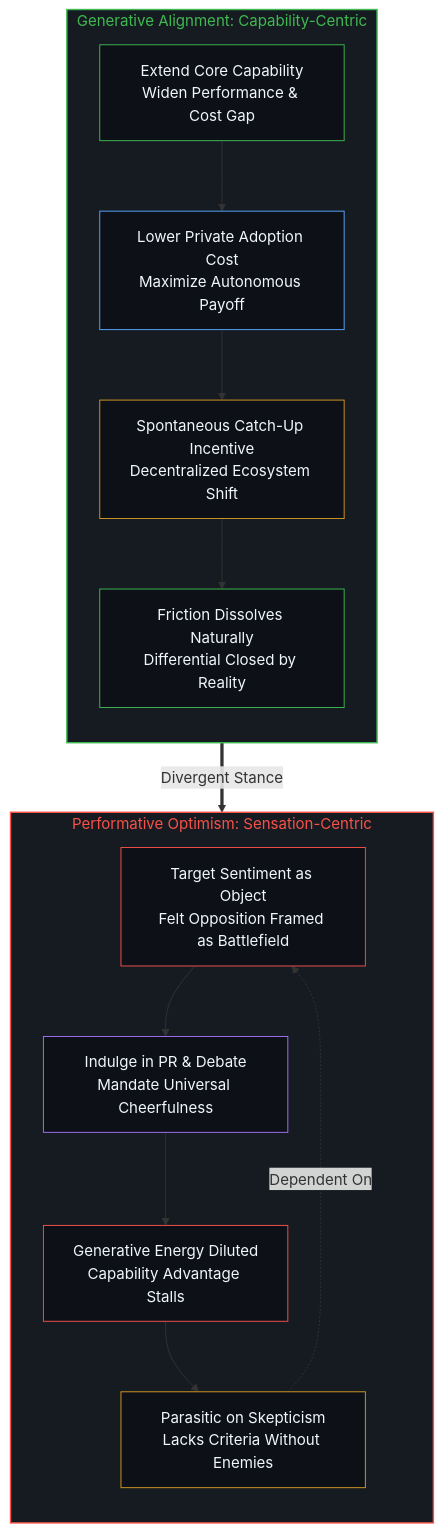
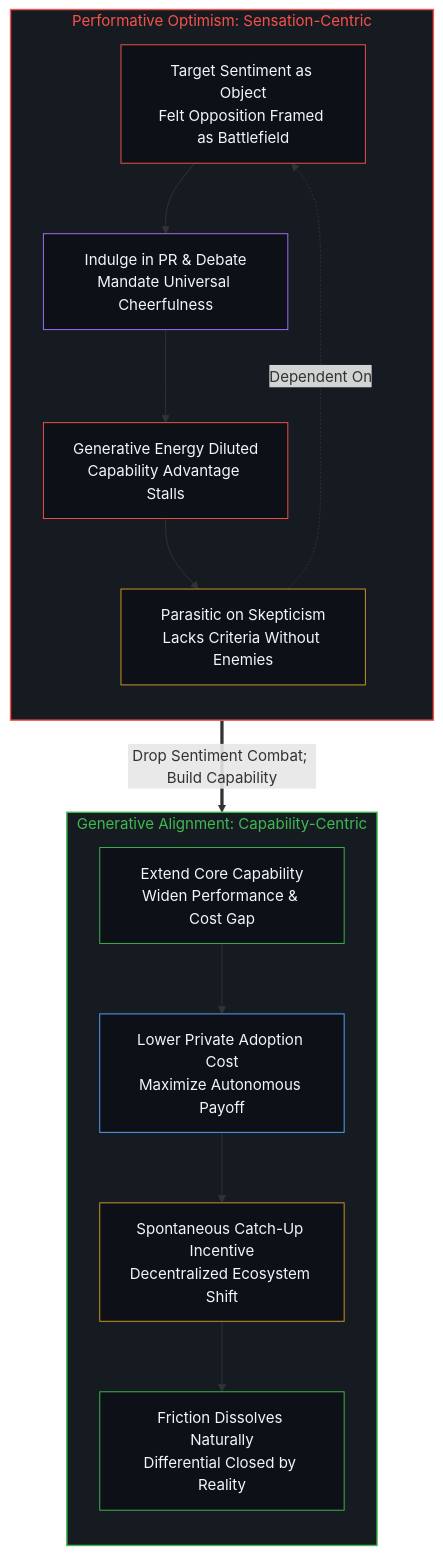
One commit to powerpig99/not-a-toe changed the fourth of 4 diagrams in content/posts/felt-resistance-and-the-speed-differential.md. Above: the diagram before and after it, drawn with Mermaid. The commit also changed other lines of this file and 7 other files, not shown here.

````diff
--- a/content/posts/felt-resistance-and-the-speed-differential.md
+++ b/content/posts/felt-resistance-and-the-speed-differential.md
@@ -145,35 +145,35 @@
 ```mermaid
 flowchart TD
+    subgraph S_PERF[" Performative Optimism: Sensation-Centric "]
+        direction TB
+        OBJECT["Target Sentiment as Object<br/>Felt Opposition Framed as Battlefield"]
+        DISPUTE["Indulge in PR & Debate<br/>Mandate Universal Cheerfulness"]
+        SINK["Generative Energy Diluted<br/>Capability Advantage Stalls"]
+        PARASITE["Parasitic on Skepticism<br/>Lacks Criteria Without Enemies"]
+    end
     subgraph S_ALIGN[" Generative Alignment: Capability-Centric "]
         direction TB
         DEV["Extend Core Capability<br/>Widen Performance & Cost Gap"]
         COST["Lower Private Adoption Cost<br/>Maximize Autonomous Payoff"]
         FORCE["Spontaneous Catch-Up Incentive<br/>Decentralized Ecosystem Shift"]
         F_SENSE["Friction Dissolves Naturally<br/>Differential Closed by Reality"]
     end
-    subgraph S_PERF[" Performative Optimism: Sensation-Centric "]
-        direction TB
-        OBJECT["Target Sentiment as Object<br/>Felt Opposition Framed as Battlefield"]
-        DISPUTE["Indulge in PR & Debate<br/>Mandate Universal Cheerfulness"]
-        SINK["Generative Energy Diluted<br/>Capability Advantage Stalls"]
-        PARASITE["Parasitic on Skepticism<br/>Lacks Criteria Without Enemies"]
-    end
-    DEV --> COST
-    COST --> FORCE
-    FORCE --> F_SENSE
-    F_SENSE ==>|"Divergent Stance"| OBJECT
     OBJECT --> DISPUTE
     DISPUTE --> SINK
     SINK --> PARASITE
     PARASITE -.->|"Dependent On"| OBJECT
+    PARASITE ==>|"Drop Sentiment Combat; Build Capability"| DEV
+    DEV --> COST
+    COST --> FORCE
+    FORCE --> F_SENSE
     style S_ALIGN fill:#161b22,stroke:#3fb950,stroke-width:1.5px,color:#3fb950
     style S_PERF fill:#161b22,stroke:#f85149,stroke-width:1.5px,color:#f85149
     style DEV fill:#0d1117,stroke:#3fb950,stroke-width:1px,color:#f0f6fc
     style COST fill:#0d1117,stroke:#58a6ff,stroke-width:1px,color:#f0f6fc
     style FORCE fill:#0d1117,stroke:#d29922,stroke-width:1px,color:#f0f6fc
     style F_SENSE fill:#0d1117,stroke:#3fb950,stroke-width:1px,color:#f0f6fc
     style OBJECT fill:#0d1117,stroke:#f85149,stroke-width:1px,color:#f0f6fc
     style DISPUTE fill:#0d1117,stroke:#a371f7,stroke-width:1px,color:#f0f6fc
     style SINK fill:#0d1117,stroke:#f85149,stroke-width:1px,color:#f0f6fc
     style PARASITE fill:#0d1117,stroke:#d29922,stroke-width:1px,color:#f0f6fc
 ```
````
